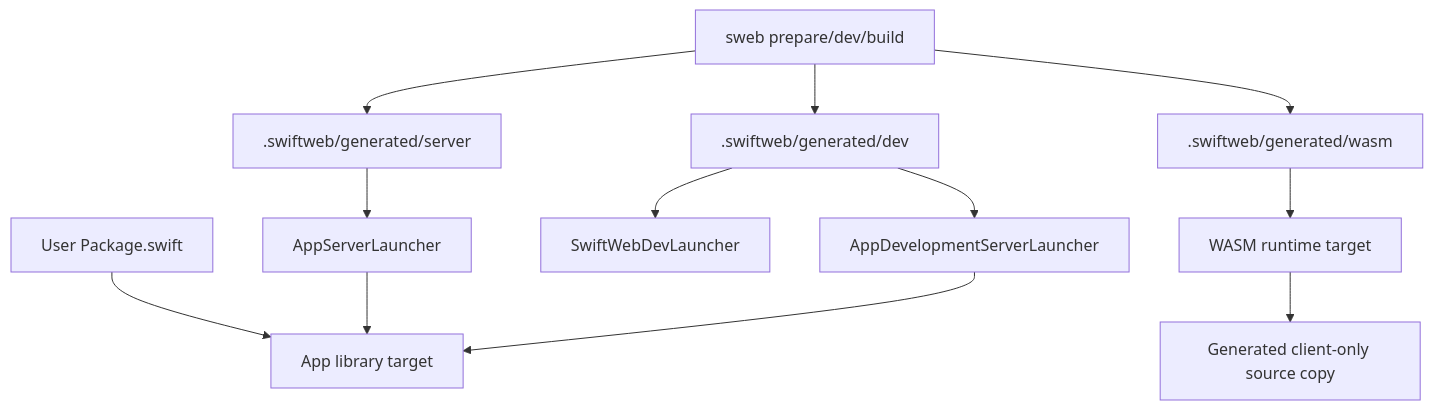
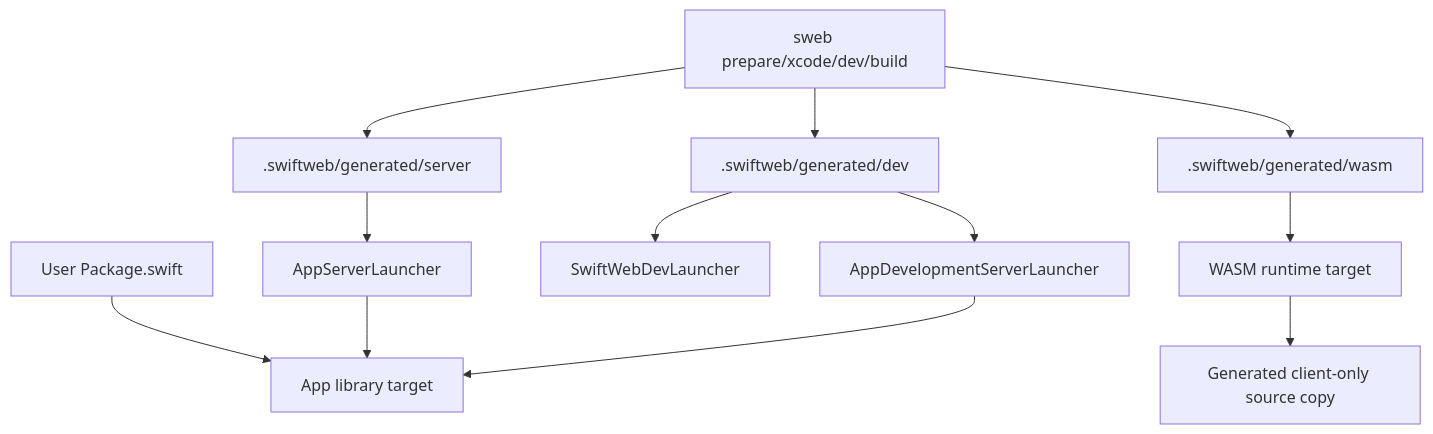
One commit to 1amageek/swift-web changed the fourth of 10 diagrams in Sources/SwiftWebCLI/README.md. Above: the diagram before and after it, drawn with Mermaid. The commit also changed other lines of this file and 54 other files, not shown here.

````diff
--- a/Sources/SwiftWebCLI/README.md
+++ b/Sources/SwiftWebCLI/README.md
@@ -60,14 +86,14 @@
 ```mermaid
 flowchart TD
   A["User Package.swift"] --> B["App library target"]
-  C["sweb prepare/dev/build"] --> D[".swiftweb/generated/server"]
+  C["sweb prepare/xcode/dev/build"] --> D[".swiftweb/generated/server"]
   C --> E[".swiftweb/generated/dev"]
   C --> F[".swiftweb/generated/wasm"]
   D --> G["AppServerLauncher"]
   E --> H["SwiftWebDevLauncher"]
   E --> I["AppDevelopmentServerLauncher"]
   F --> J["WASM runtime target"]
   G --> B
   I --> B
   J --> K["Generated client-only source copy"]
 ```
````
